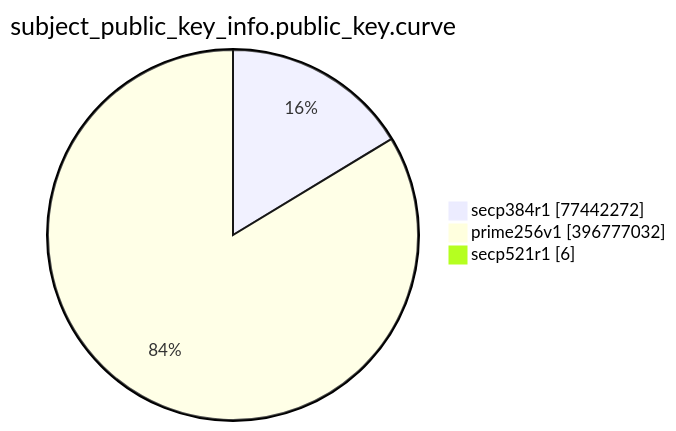
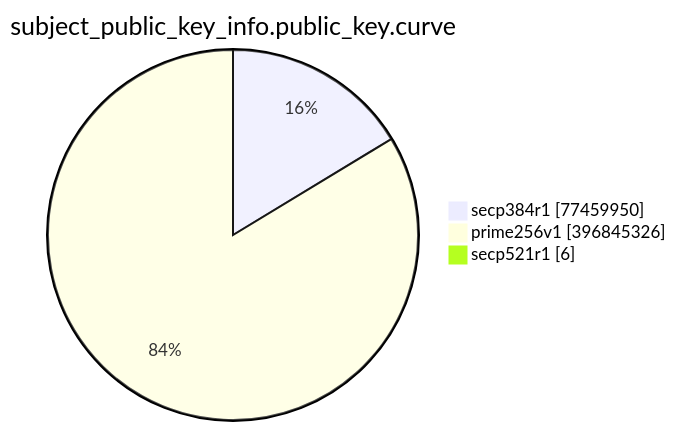
The eighth of 15 diagrams in TOTAL/README.md (christiankrug/ctmonitor_visualization), drawn with Mermaid before and after one commit. The commit also changed other lines of this file, not shown here.

````diff
--- a/TOTAL/README.md
+++ b/TOTAL/README.md
@@ -3095,7 +3095,7 @@
 ```mermaid
 pie showData
 title subject_public_key_info.public_key.curve
-"secp384r1" :77442272
-"prime256v1" :396777032
+"secp384r1" :77459950
+"prime256v1" :396845326
 "secp521r1" :6
 ```
````
